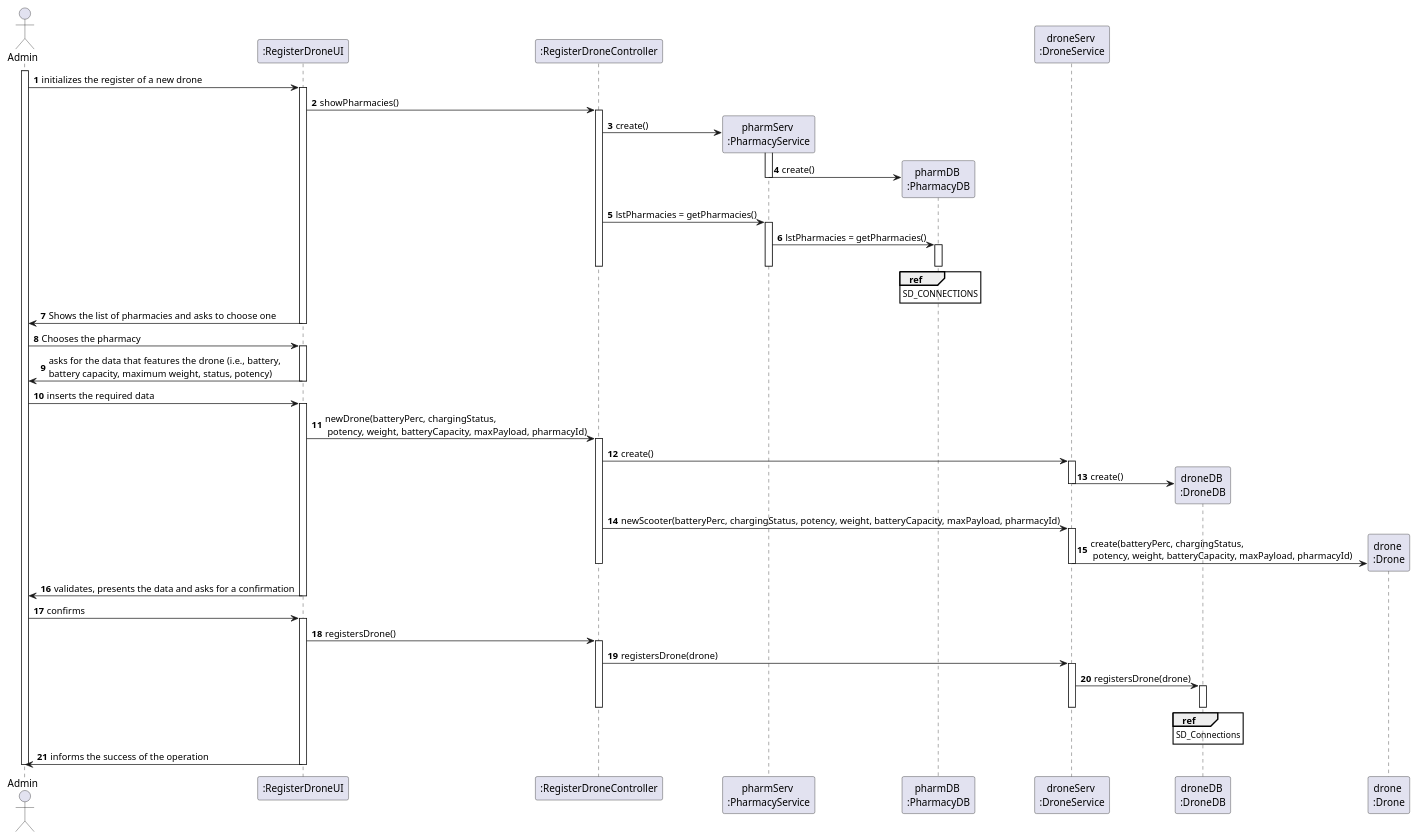
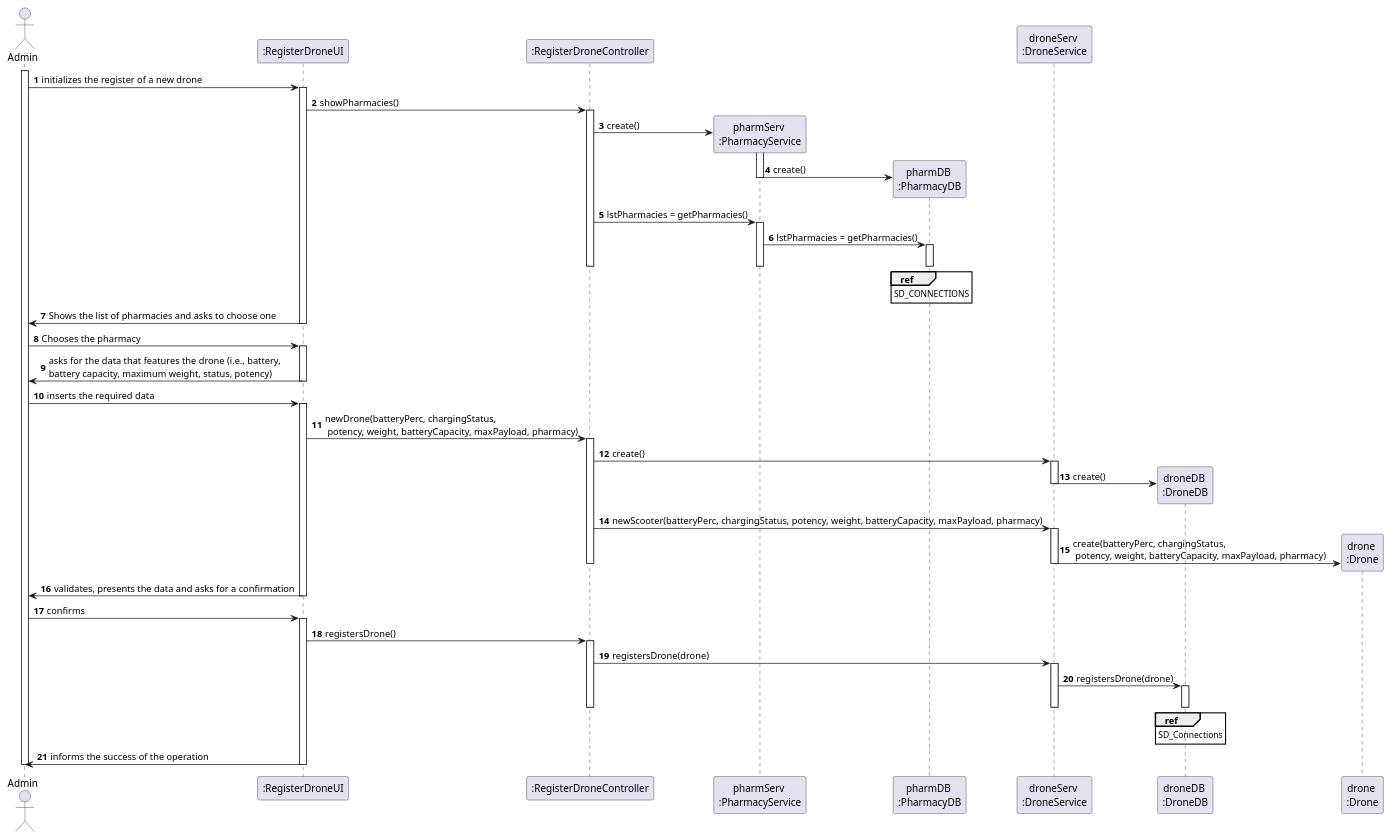
One commit to tiagoavcosta25/LAPR3 changed the diagram in docs/Iteration 2/Drone Management/US193_RegisterDrone/US193_SD.puml. Above: the diagram before and after it, drawn with PlantUML. The commit also changed 12 other files, not shown here.

```diff
--- a/docs/Iteration 2/Drone Management/US193_RegisterDrone/US193_SD.puml
+++ b/docs/Iteration 2/Drone Management/US193_RegisterDrone/US193_SD.puml
@@ -1,80 +1,80 @@
 @startuml
 autonumber
 actor "Admin" as ADMIN
 
 participant ":RegisterDroneUI" as UI
 participant ":RegisterDroneController" as CTRL
 participant "pharmServ \n:PharmacyService" as PHS
 participant "pharmDB \n:PharmacyDB" as PHDB
 participant "droneServ \n:DroneService" as DS
 participant "droneDB \n:DroneDB" as DDB
 participant "drone \n:Drone" as D
 
 activate ADMIN
 
 ADMIN -> UI : initializes the register of a new drone
 activate UI
 UI -> CTRL : showPharmacies()
 activate CTRL
 CTRL -> PHS ** : create()
 activate PHS
 PHS -> PHDB ** : create()
 deactivate PHS
 CTRL -> PHS : lstPharmacies = getPharmacies()
 activate PHS
 PHS -> PHDB : lstPharmacies = getPharmacies()
 activate PHDB
 ref over PHDB
 SD_CONNECTIONS
 end ref
 deactivate PHDB
 deactivate PHS
 deactivate CTRL
 UI -> ADMIN : Shows the list of pharmacies and asks to choose one
 deactivate UI
 
 ADMIN -> UI : Chooses the pharmacy
 activate UI
 UI -> ADMIN : asks for the data that features the drone (i.e., battery, \nbattery capacity, maximum weight, status, potency)
 deactivate UI
 
 ADMIN -> UI : inserts the required data
 activate UI
-UI -> CTRL : newDrone(batteryPerc, chargingStatus,\n potency, weight, batteryCapacity, maxPayload, pharmacyId)
+UI -> CTRL : newDrone(batteryPerc, chargingStatus,\n potency, weight, batteryCapacity, maxPayload, pharmacy)
 activate CTRL
 
 CTRL -> DS : create()
 activate DS
 DS -> DDB ** : create()
 deactivate DS
 
-CTRL -> DS : newScooter(batteryPerc, chargingStatus, potency, weight, batteryCapacity, maxPayload, pharmacyId)
+CTRL -> DS : newScooter(batteryPerc, chargingStatus, potency, weight, batteryCapacity, maxPayload, pharmacy)
 activate DS
-DS -> D ** : create(batteryPerc, chargingStatus,\n potency, weight, batteryCapacity, maxPayload, pharmacyId)
+DS -> D ** : create(batteryPerc, chargingStatus,\n potency, weight, batteryCapacity, maxPayload, pharmacy)
 deactivate DS
 deactivate CTRL
 
 
 UI -> ADMIN : validates, presents the data and asks for a confirmation
 deactivate UI
 
 ADMIN -> UI : confirms
 activate UI
 UI -> CTRL : registersDrone()
 activate CTRL
 CTRL -> DS : registersDrone(drone)
 activate DS
 DS -> DDB : registersDrone(drone)
 activate DDB
 ref over DDB
 SD_Connections
 end ref
 deactivate DDB
 deactivate DS
 deactivate CTRL
 UI -> ADMIN : informs the success of the operation
 deactivate UI
 
 deactivate ADMIN
 
 @enduml
```
